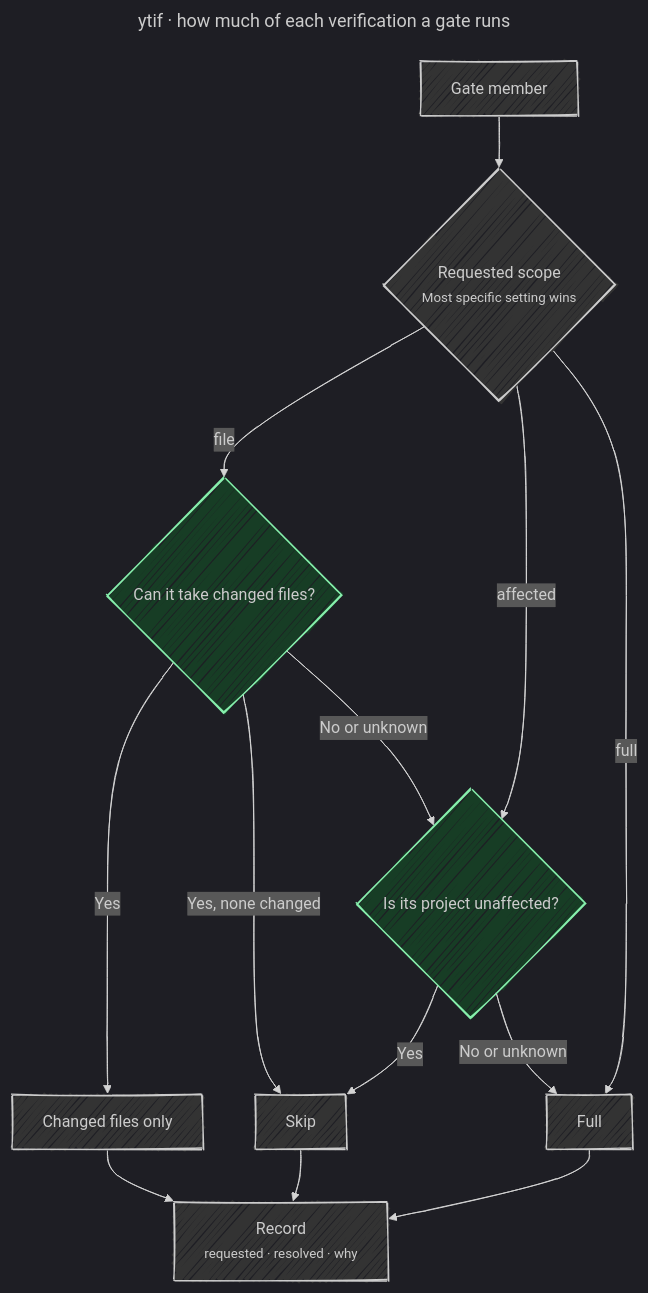
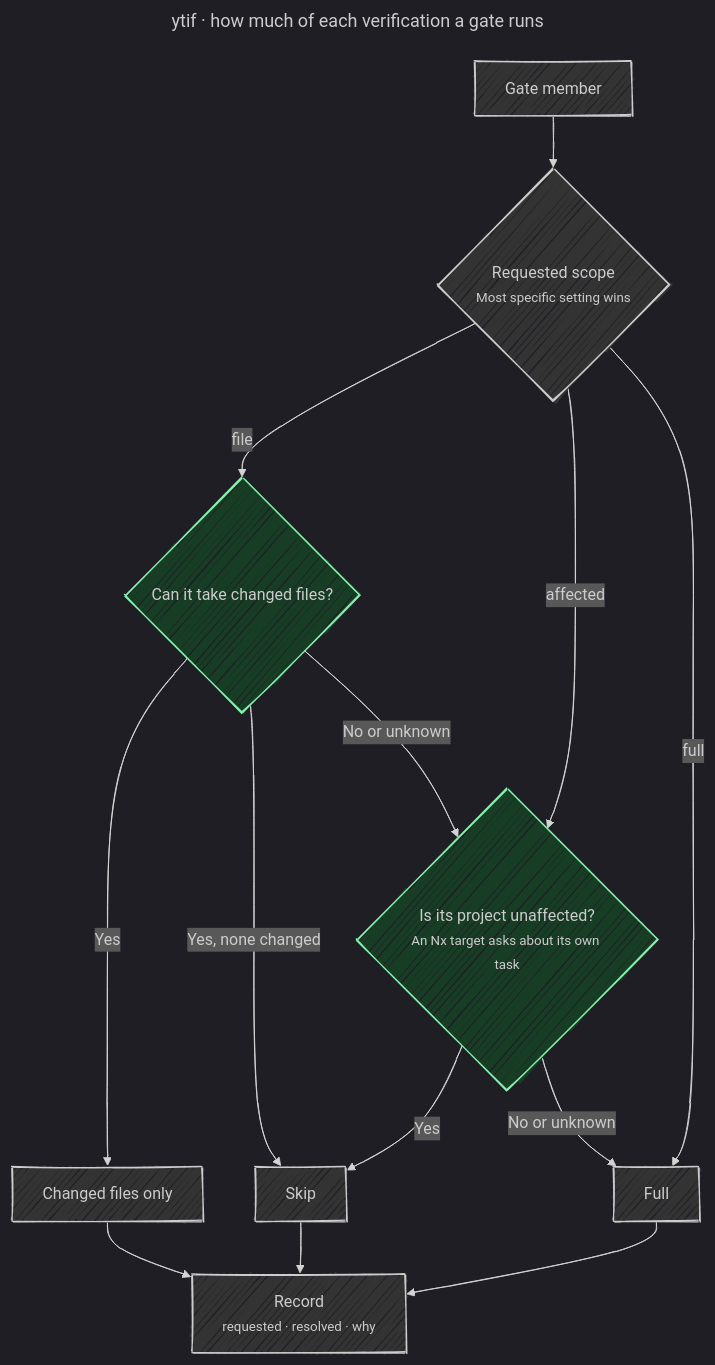
Before and after one commit to undervoke/ytif: the diagram in blueprint/gate-scope.mermaid, drawn with Mermaid. The commit also changed 7 other files, not shown here.

First line of the commit message:
feat(affected): select nx-target entries by their own Nx task

```diff
--- a/blueprint/gate-scope.mermaid
+++ b/blueprint/gate-scope.mermaid
@@ -1,38 +1,38 @@
 ---
 title: ytif · how much of each verification a gate runs
 config:
   look: handDrawn
   handDrawnSeed: 5
   theme: dark
   themeVariables:
     mainBkg: "#333333"
     clusterBkg: "#242424"
   themeCSS: |
     small { display: inline-block; text-align: left; }
 ---
 %% Behavior authority: blueprint/AGENTS.md (gate scope).
 flowchart TB
   Member["Gate member"]
   Scope{"Requested scope<br/><small>Most specific setting wins</small>"}
   Files{"Can it take changed files?"}
-  Projects{"Is its project unaffected?"}
+  Projects{"Is its project unaffected?<br/><small>An Nx target asks about its own task</small>"}
   Changed["Changed files only"]
   Full["Full"]
   Skip["Skip"]
   Record["Record<br/><small>requested · resolved · why</small>"]
 
   Member --> Scope
   Scope -->|file| Files
   Scope -->|affected| Projects
   Scope -->|full| Full
   Files -->|Yes| Changed
   Files -->|"Yes, none changed"| Skip
   Files -->|"No or unknown"| Projects
   Projects -->|Yes| Skip
   Projects -->|"No or unknown"| Full
   Changed --> Record
   Full --> Record
   Skip --> Record
 
   classDef em fill:#173d25,stroke:#86efac
   class Files,Projects em
```
